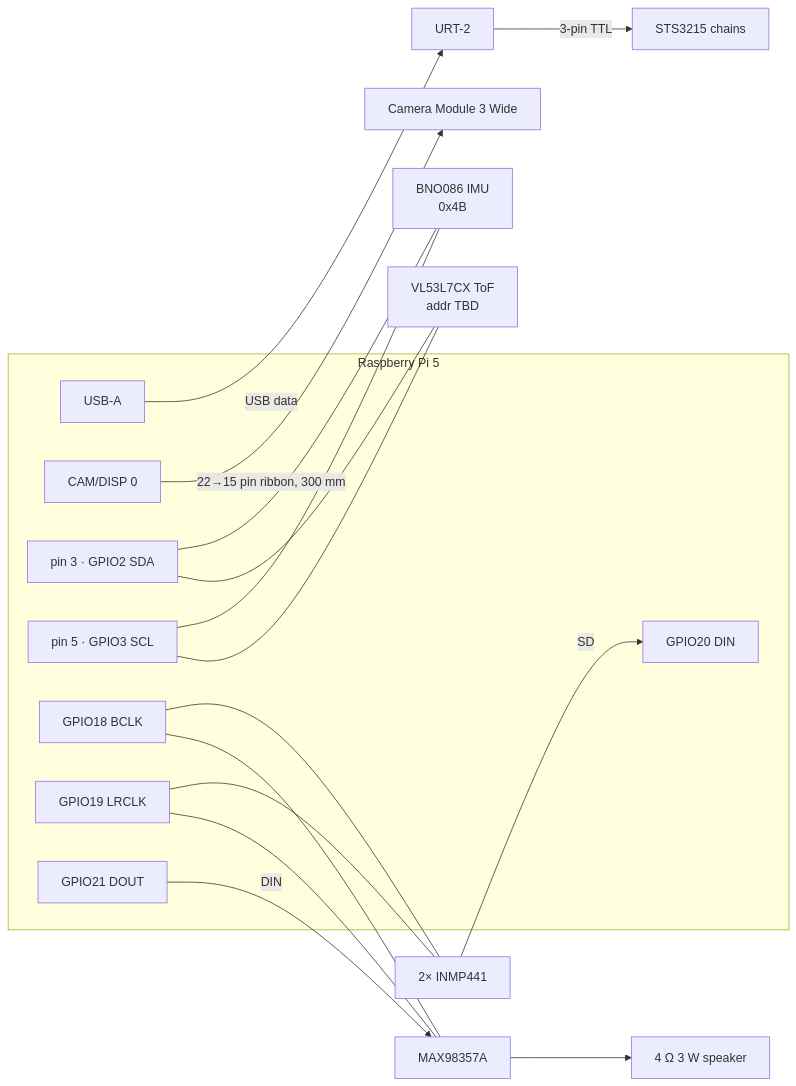
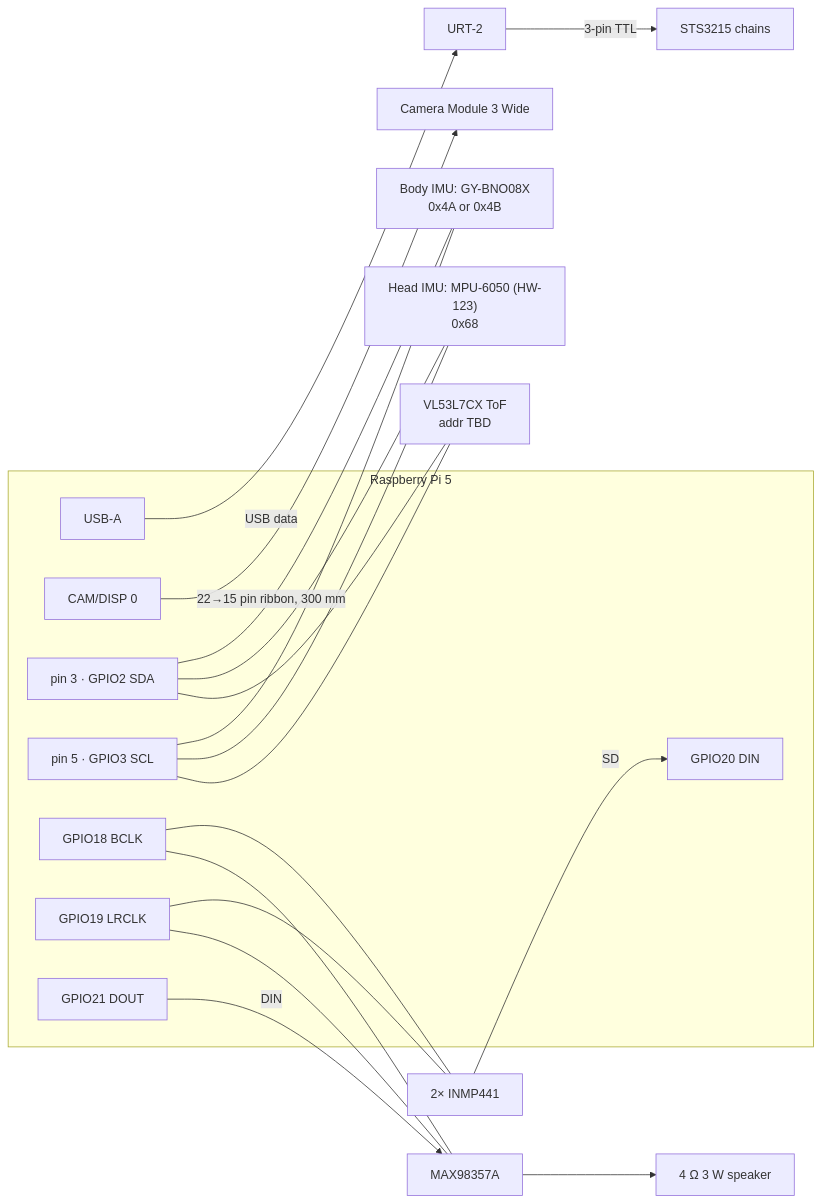
One commit to jameslemke10/microdog changed the diagram in docs/wiring.md. Above: the diagram before and after it, drawn with Mermaid. The commit also changed other lines of this file and 5 other files, not shown here.

````diff
--- a/docs/wiring.md
+++ b/docs/wiring.md
@@ -5,23 +5,24 @@
 ```mermaid
 flowchart LR
     subgraph PI["Raspberry Pi 5"]
         USBA[USB-A]
         CAM0[CAM/DISP 0]
         P3["pin 3 · GPIO2 SDA"]
         P5["pin 5 · GPIO3 SCL"]
         G18["GPIO18 BCLK"]
         G19["GPIO19 LRCLK"]
         G20["GPIO20 DIN"]
         G21["GPIO21 DOUT"]
     end
 
     USBA -- USB data --> URT[URT-2] -- 3-pin TTL --> SERVOS[STS3215 chains]
     CAM0 -- "22→15 pin ribbon, 300 mm" --> CAM[Camera Module 3 Wide]
-    P3 & P5 --- IMU["BNO086 IMU<br/>0x4B"]
+    P3 & P5 --- IMU["Body IMU: GY-BNO08X<br/>0x4A or 0x4B"]
+    P3 & P5 --- IMU2["Head IMU: MPU-6050 (HW-123)<br/>0x68"]
     P3 & P5 --- TOF["VL53L7CX ToF<br/>addr TBD"]
     G18 & G19 --- MICS["2× INMP441"]
     G18 & G19 --- AMP[MAX98357A]
     MICS -- SD --> G20
     G21 -- DIN --> AMP
     AMP --> SPK[4 Ω 3 W speaker]
 ```
````
